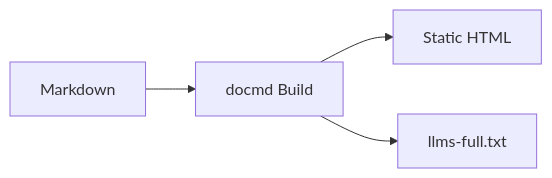
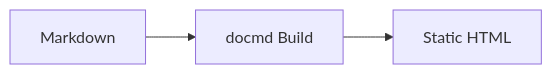
One commit to docmd-io/docs changed the diagram in docs/index.md. Above: the diagram before and after it, drawn with Mermaid. The commit also changed other lines of this file and 1 other file, not shown here.

````diff
--- a/docs/index.md
+++ b/docs/index.md
@@ -97,6 +78,5 @@
 ```mermaid
 graph LR
     MD[Markdown] --> Build[docmd Build]
     Build --> Static[Static HTML]
-    Build --> LLM[llms-full.txt]
 ```
````
